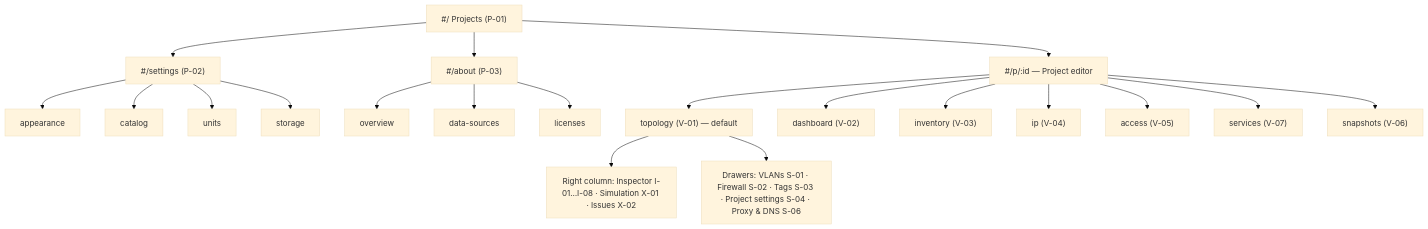
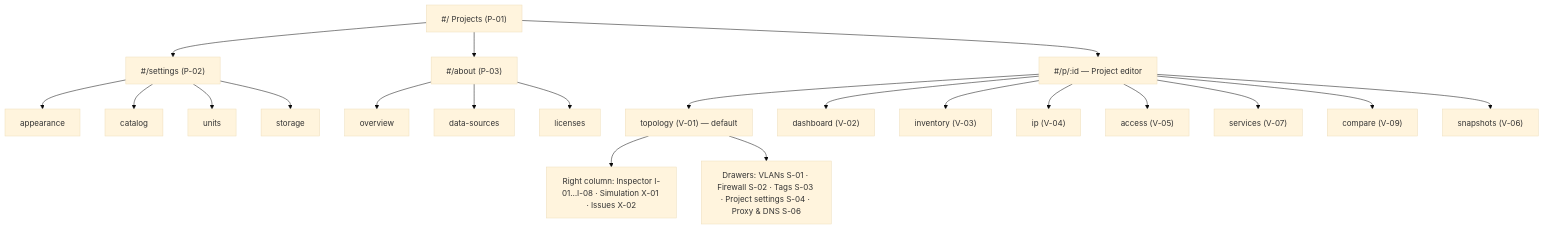
The diagram in docs/07-mapa-widokow.md (Kassek-dev/server-planner), drawn with Mermaid (base theme) before and after one commit. The commit also changed other lines of this file and 20 other files, not shown here.

````diff
--- a/docs/07-mapa-widokow.md
+++ b/docs/07-mapa-widokow.md
@@ -33,27 +33,28 @@
 ```mermaid
 flowchart TD
   ROOT["#/ Projects (P-01)"]
   ROOT --> SET["#/settings (P-02)"]
   ROOT --> ABOUT["#/about (P-03)"]
   ROOT --> PRJ["#/p/:id — Project editor"]
 
   SET --> SET1[appearance]
   SET --> SET2[catalog]
   SET --> SET3[units]
   SET --> SET4[storage]
 
   ABOUT --> AB1[overview]
   ABOUT --> AB2[data-sources]
   ABOUT --> AB3[licenses]
 
   PRJ --> V1["topology (V-01) — default"]
   PRJ --> V2["dashboard (V-02)"]
   PRJ --> V3["inventory (V-03)"]
   PRJ --> V4["ip (V-04)"]
   PRJ --> V5["access (V-05)"]
   PRJ --> V7["services (V-07)"]
+  PRJ --> V9["compare (V-09)"]
   PRJ --> V6["snapshots (V-06)"]
 
   V1 --> PAN["Right column: Inspector I-01…I-08 · Simulation X-01 · Issues X-02"]
   V1 --> DRW["Drawers: VLANs S-01 · Firewall S-02 · Tags S-03 · Project settings S-04 · Proxy & DNS S-06"]
 ```
````
